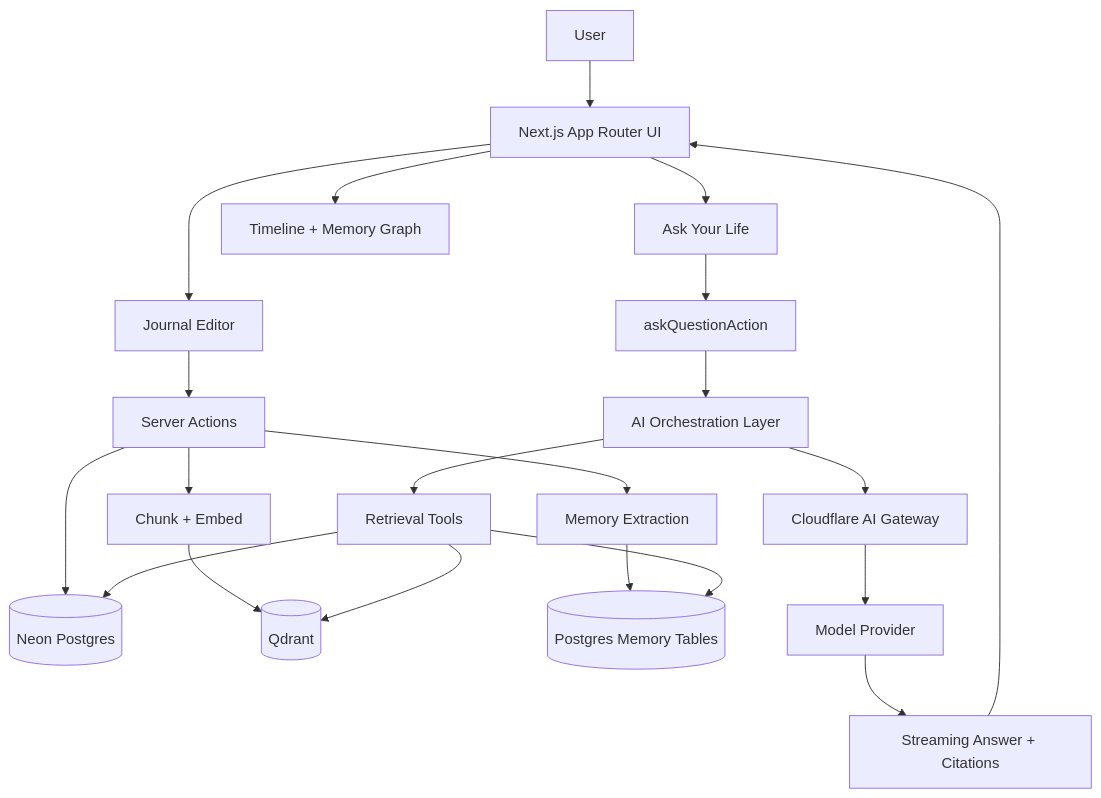
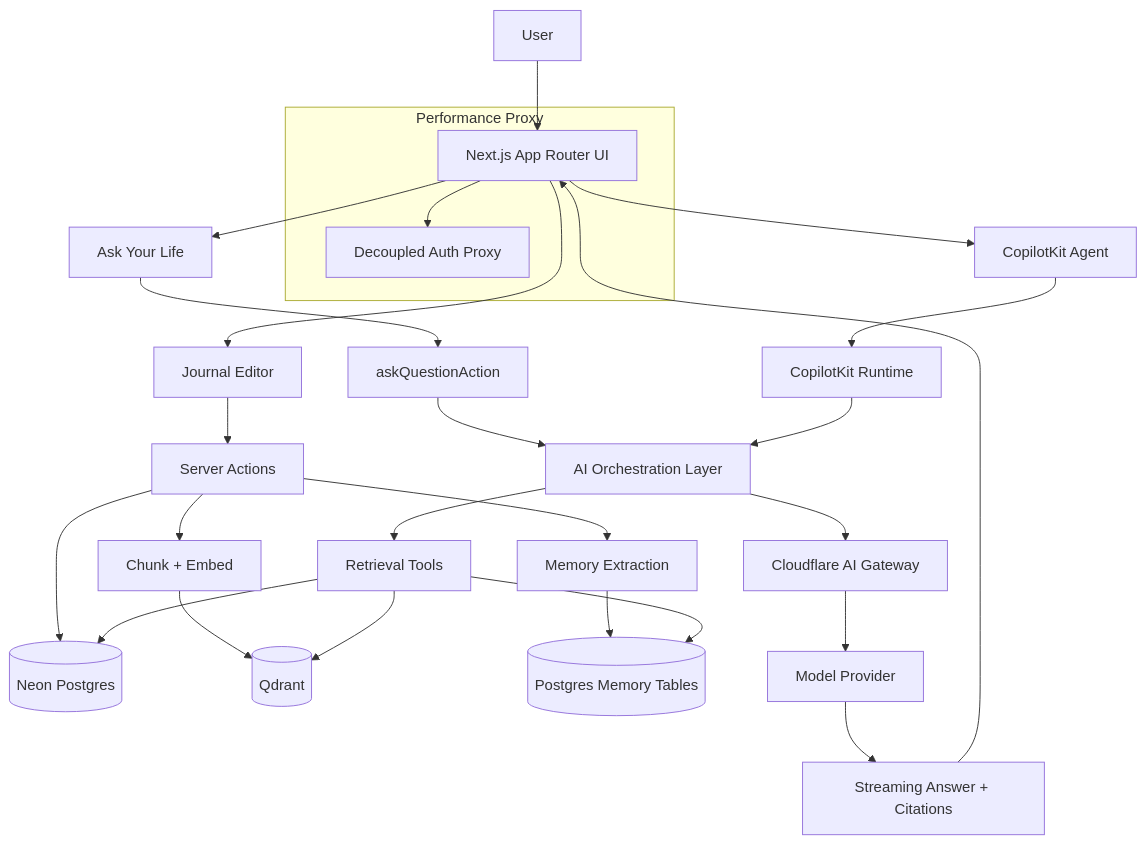
Before and after one commit to SH20RAJ/debo: the diagram in README.md, drawn with Mermaid. The commit also changed other lines of this file and 7 other files, not shown here.

````diff
--- a/README.md
+++ b/README.md
@@ -72,26 +76,32 @@
 ```mermaid
 graph TD
     User[User] --> UI[Next.js App Router UI]
     UI --> JournalEditor[Journal Editor]
     UI --> AskFlow[Ask Your Life]
-    UI --> Timeline[Timeline + Memory Graph]
+    UI --> Copilot[CopilotKit Agent]
+    
+    subgraph Edge_Proxy[Performance Proxy]
+        UI --> Proxy[Decoupled Auth Proxy]
+    end
 
     JournalEditor --> JournalAPI[Server Actions]
     AskFlow --> AskAction[askQuestionAction]
+    Copilot --> CopilotRuntime[CopilotKit Runtime]
 
     JournalAPI --> DB[(Neon Postgres)]
     JournalAPI --> EmbedJob[Chunk + Embed]
     EmbedJob --> Qdrant[(Qdrant)]
     JournalAPI --> MemoryIngest[Memory Extraction]
     MemoryIngest --> MemoryStore[(Postgres Memory Tables)]
 
     AskAction --> Orchestrator[AI Orchestration Layer]
+    CopilotRuntime --> Orchestrator
     Orchestrator --> Tools[Retrieval Tools]
     Tools --> Qdrant
     Tools --> MemoryStore
     Tools --> DB
     Orchestrator --> Gateway[Cloudflare AI Gateway]
     Gateway --> LLM[Model Provider]
     LLM --> Response[Streaming Answer + Citations]
     Response --> UI
 ```
````
